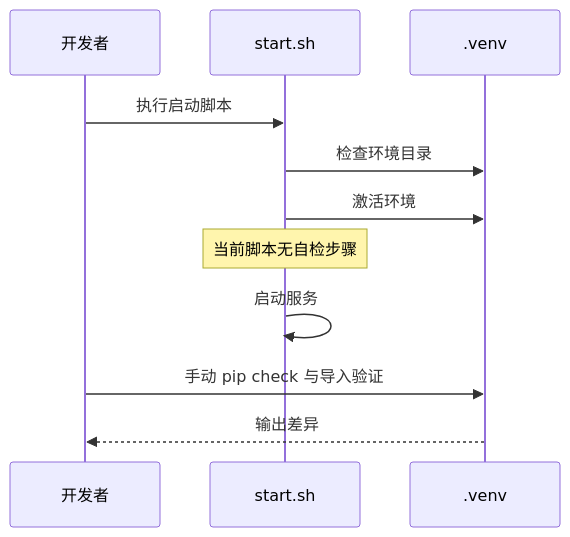
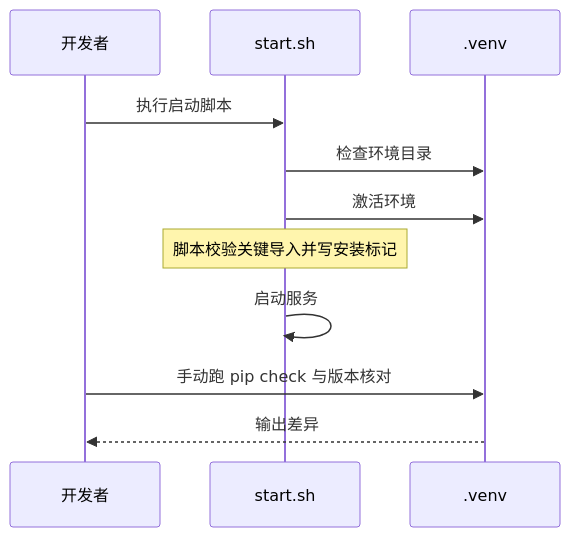
Before and after one commit to TC635807/TC63PersonalWebsite: the second of 2 diagrams in docs/34-开发环境/02-conda与环境管理/03-依赖锁定与环境自检.md, drawn with Mermaid. The commit also changed other lines of this file and 563 other files, not shown here.

````diff
--- a/docs/34-开发环境/02-conda与环境管理/03-依赖锁定与环境自检.md
+++ b/docs/34-开发环境/02-conda与环境管理/03-依赖锁定与环境自检.md
@@ -80,13 +103,13 @@
 ```mermaid
 sequenceDiagram
   participant U as 开发者
   participant S as start.sh
   participant E as .venv
   U->>S: 执行启动脚本
   S->>E: 检查环境目录
   S->>E: 激活环境
-  Note over S: 当前脚本无自检步骤
+  Note over S: 脚本校验关键导入并写安装标记
   S->>S: 启动服务
-  U->>E: 手动 pip check 与导入验证
+  U->>E: 手动跑 pip check 与版本核对
   E-->>U: 输出差异
 ```
````
